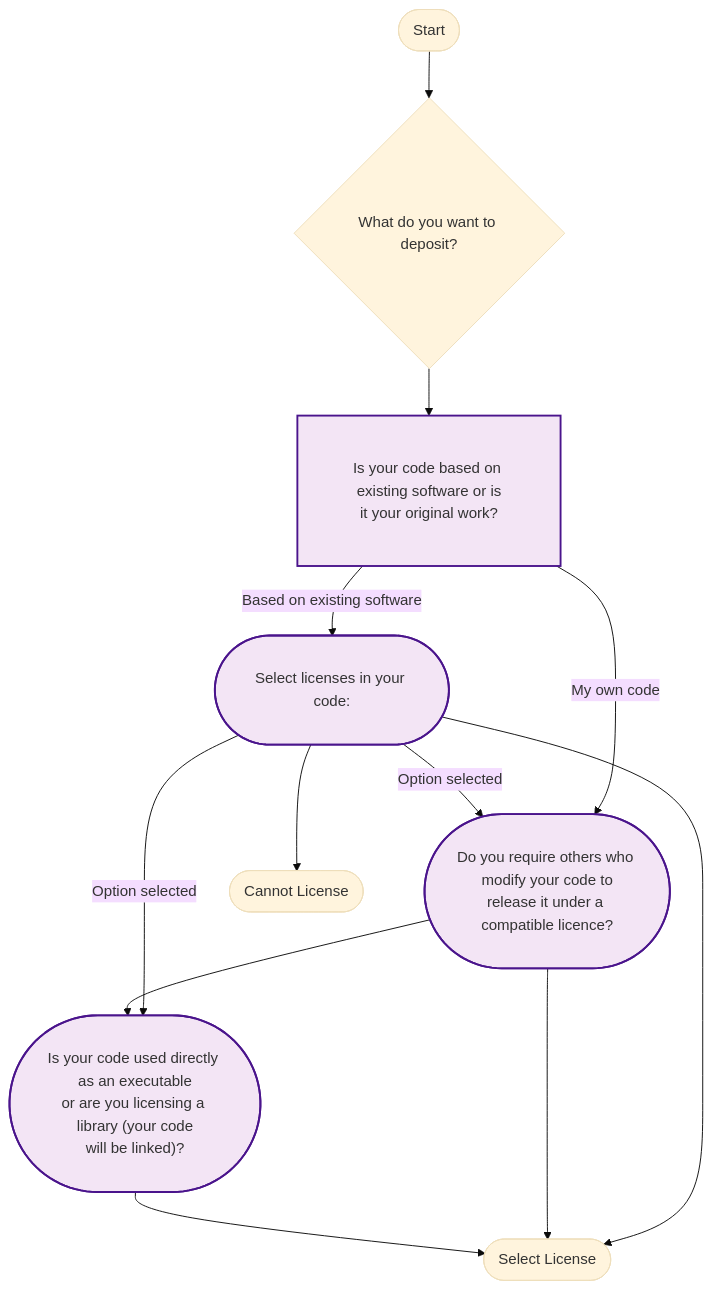
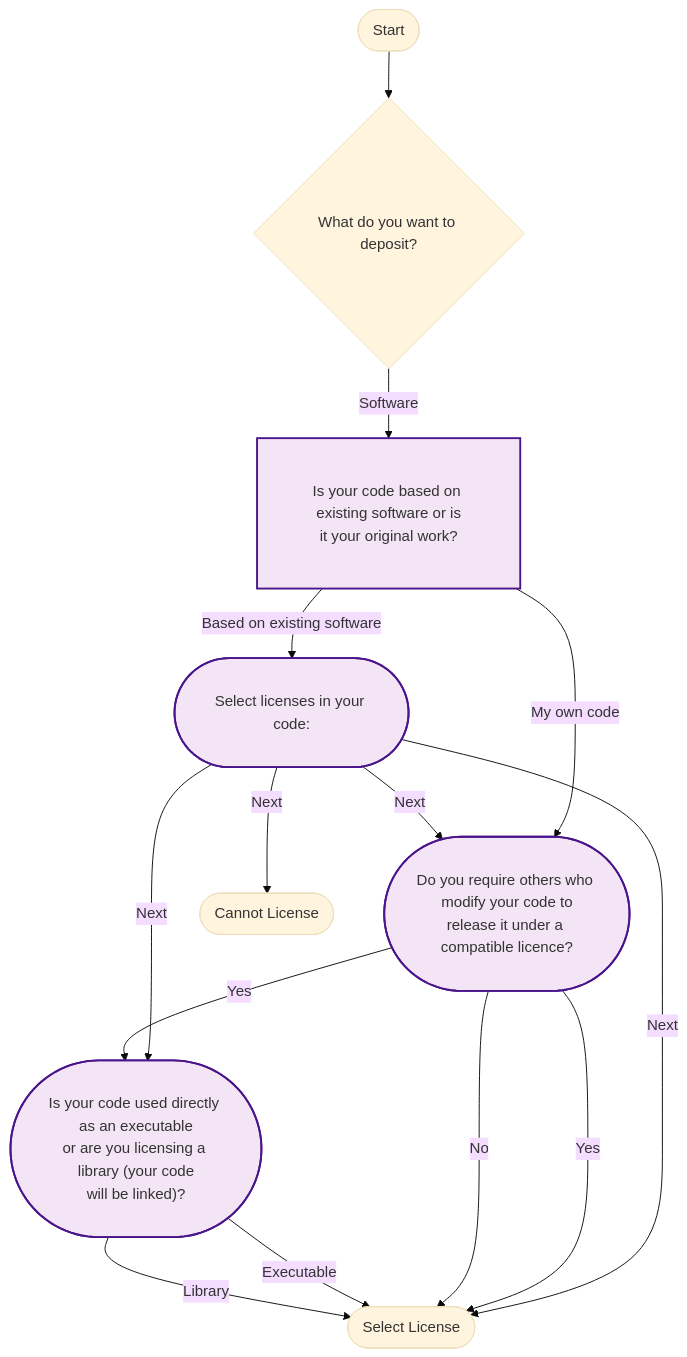
Before and after one commit to kosarko/public-license-selector: the third of 3 diagrams in docs/state-graph.md, drawn with Mermaid. The commit also changed other lines of this file and 1 other file, not shown here.

````diff
--- a/docs/state-graph.md
+++ b/docs/state-graph.md
@@ -149,35 +159,37 @@
 ```mermaid
 %%{init: {'theme':'base', 'themeVariables': { 'fontSize':'16px'}, 'flowchart':{'curve':'basis', 'padding':20}}}%%
 flowchart TD
     Start([Start]) --> KindOfContent
 
     KindOfContent{"What do you want to deposit?"}
     YourSoftware["Is your code based on existing software or is
 it your original work?"]
     class YourSoftware softwarePath
     LicenseInteropSoftware(["Select licenses in your code:"])
     class LicenseInteropSoftware softwarePath
     Copyleft(["Do you require others who modify your code to
 release it under a compatible licence?"])
     class Copyleft softwarePath
     StrongCopyleft(["Is your code used directly as an executable
 or are you licensing a library (your code
 will be linked)?"])
     class StrongCopyleft softwarePath
 
-    KindOfContent -->YourSoftware
+    KindOfContent -->|"Software"| YourSoftware
     YourSoftware -->|"Based on existing software"| LicenseInteropSoftware
     YourSoftware -->|"My own code"| Copyleft
-    LicenseInteropSoftware -->|"Option selected"| Copyleft
-    LicenseInteropSoftware -->|"Option selected"| StrongCopyleft
-    Copyleft -->StrongCopyleft
-    LicenseInteropSoftware --> End([Select License])
-    Copyleft --> End([Select License])
-    StrongCopyleft --> End([Select License])
-    LicenseInteropSoftware --> Error([Cannot License])
+    LicenseInteropSoftware -->|"Next"| Copyleft
+    LicenseInteropSoftware -->|"Next"| StrongCopyleft
+    Copyleft -->|"Yes"| StrongCopyleft
+    LicenseInteropSoftware -->|"Next"| End([Select License])
+    Copyleft -->|"Yes"| End([Select License])
+    Copyleft -->|"No"| End([Select License])
+    StrongCopyleft -->|"Executable"| End([Select License])
+    StrongCopyleft -->|"Library"| End([Select License])
+    LicenseInteropSoftware -->|"Next"| Error([Cannot License])
 
     classDef dataPath fill:#e1f5ff,stroke:#01579b,stroke-width:2px,padding:15px,min-width:250px
     classDef softwarePath fill:#f3e5f5,stroke:#4a148c,stroke-width:2px,padding:15px,min-width:250px
     classDef terminalNode fill:#c8e6c9,stroke:#2e7d32,stroke-width:3px,padding:15px
     classDef errorNode fill:#ffcdd2,stroke:#c62828,stroke-width:3px,padding:15px
 ```
````
